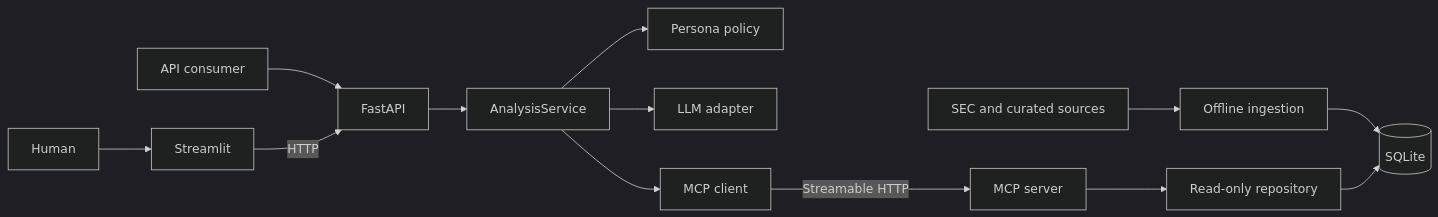
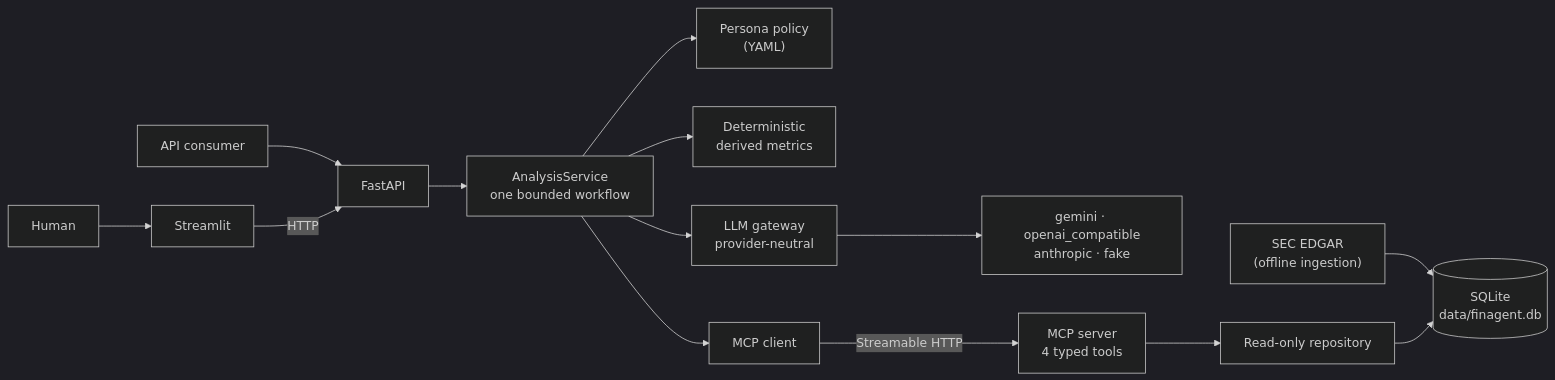
The diagram in README.md (salujajaskeerat/FinAgent), drawn with Mermaid (dark theme) before and after one commit. The commit also changed other lines of this file and 3 other files, not shown here.

First line of the commit message:
docs: rewrite README with schema, MCP design, persona, and what-next write-up

````diff
--- a/README.md
+++ b/README.md
@@ -17,16 +10,16 @@
 ```mermaid
 flowchart LR
-    Sources["SEC and curated sources"] --> Builder["Offline ingestion"]
-    Builder --> DB[("SQLite")]
-
+    SEC["SEC EDGAR<br/>(offline ingestion)"] --> DB[("SQLite<br/>data/finagent.db")]
     Human["Human"] --> UI["Streamlit"]
     Consumer["API consumer"] --> API["FastAPI"]
     UI -->|"HTTP"| API
-    API --> Agent["AnalysisService"]
-    Agent --> Policy["Persona policy"]
-    Agent --> LLM["LLM adapter"]
+    API --> Agent["AnalysisService<br/>one bounded workflow"]
+    Agent --> Policy["Persona policy<br/>(YAML)"]
+    Agent --> Derived["Deterministic<br/>derived metrics"]
+    Agent --> LLM["LLM gateway<br/>provider-neutral"]
+    LLM --> Providers["gemini · openai_compatible<br/>anthropic · fake"]
     Agent --> MCPClient["MCP client"]
-    MCPClient -->|"Streamable HTTP"| MCPServer["MCP server"]
-    MCPServer --> Repository["Read-only repository"]
-    Repository --> DB
+    MCPClient -->|"Streamable HTTP"| MCPServer["MCP server<br/>4 typed tools"]
+    MCPServer --> Repo["Read-only repository"]
+    Repo --> DB
 ```
````
